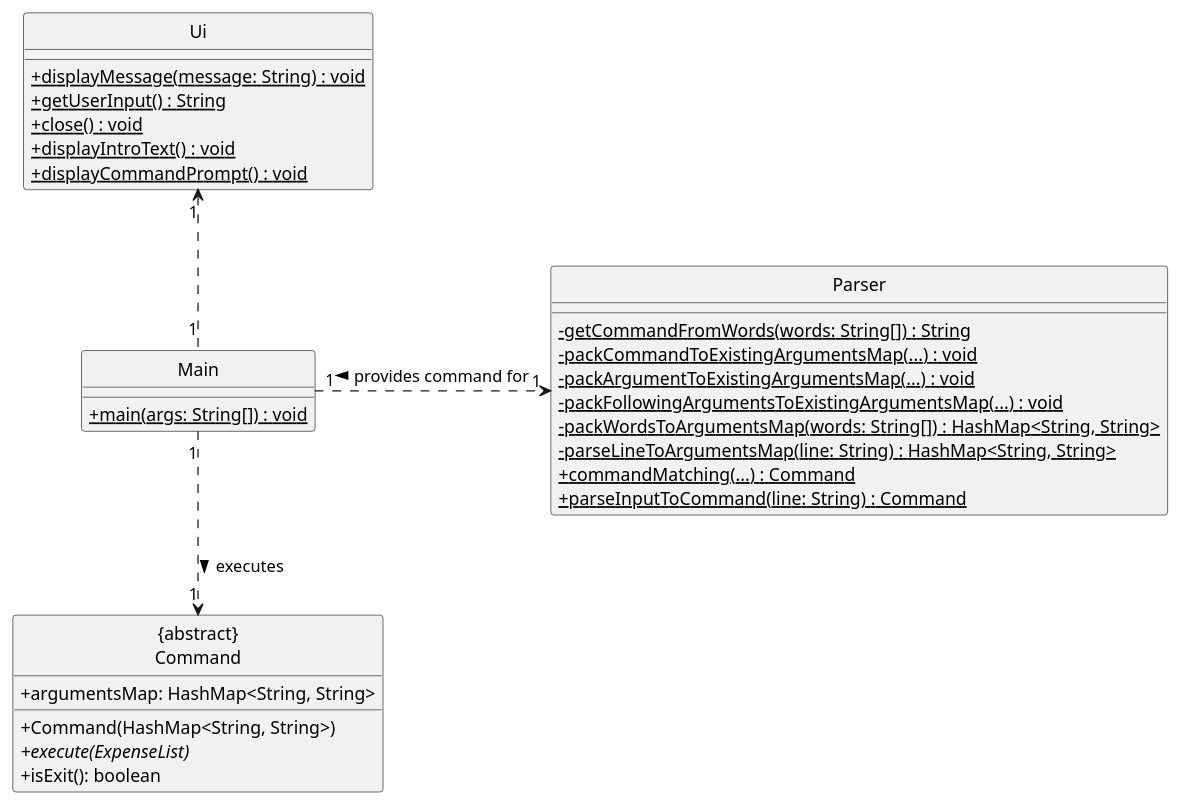
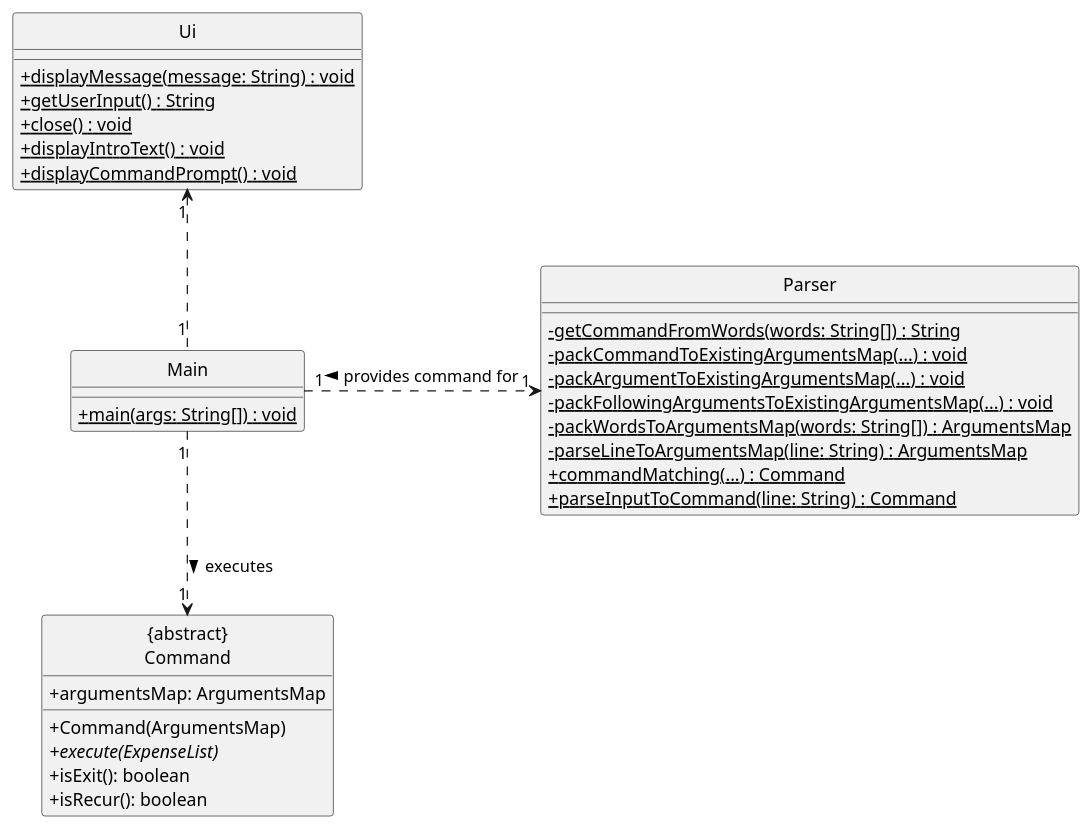
Before and after one commit to nus-cs2113-AY2425S1/tp: the diagram in docs/diagrams/plantuml/UiToCommand.puml, drawn with PlantUML. The commit also changed 1 other file, not shown here.

Commit message:
Update DG class diagram with ArgumentsMap

```diff
--- a/docs/diagrams/plantuml/UiToCommand.puml
+++ b/docs/diagrams/plantuml/UiToCommand.puml
@@ -1,39 +1,40 @@
 @startuml
 skinparam classAttributeIconSize 0
 hide circle
 
 class Ui {
     +displayMessage(message: String) {static} : void
     +getUserInput() {static} : String
     +close() {static} : void
     +displayIntroText() {static} : void
     +displayCommandPrompt() {static} : void
 }
 
 class Main {
     +main(args: String[]) {static} : void
 }
 
 class Parser {
     -getCommandFromWords(words: String[]) {static} : String
     -packCommandToExistingArgumentsMap(...) {static} : void
     -packArgumentToExistingArgumentsMap(...) {static} : void
     -packFollowingArgumentsToExistingArgumentsMap(...) {static} : void
-    -packWordsToArgumentsMap(words: String[]) {static} : HashMap<String, String>
-    -parseLineToArgumentsMap(line: String) {static} : HashMap<String, String>
+    -packWordsToArgumentsMap(words: String[]) {static} : ArgumentsMap
+    -parseLineToArgumentsMap(line: String) {static} : ArgumentsMap
     +commandMatching(...) {static} : Command
     +parseInputToCommand(line: String) {static} : Command
 }
 
 class "{abstract}\nCommand" {
-    +argumentsMap: HashMap<String, String>
-    +Command(HashMap<String, String>)
+    +argumentsMap: ArgumentsMap
+    +Command(ArgumentsMap)
     +execute(ExpenseList) {abstract}
     +isExit(): boolean
+    +isRecur(): boolean
 }
 
 
 Main "1" .up.> "1" Ui
 Main "1" .right.> "1" Parser : < provides command for
 Main "1" .down.> "1" "{abstract}\nCommand" : executes >
 @enduml
```
